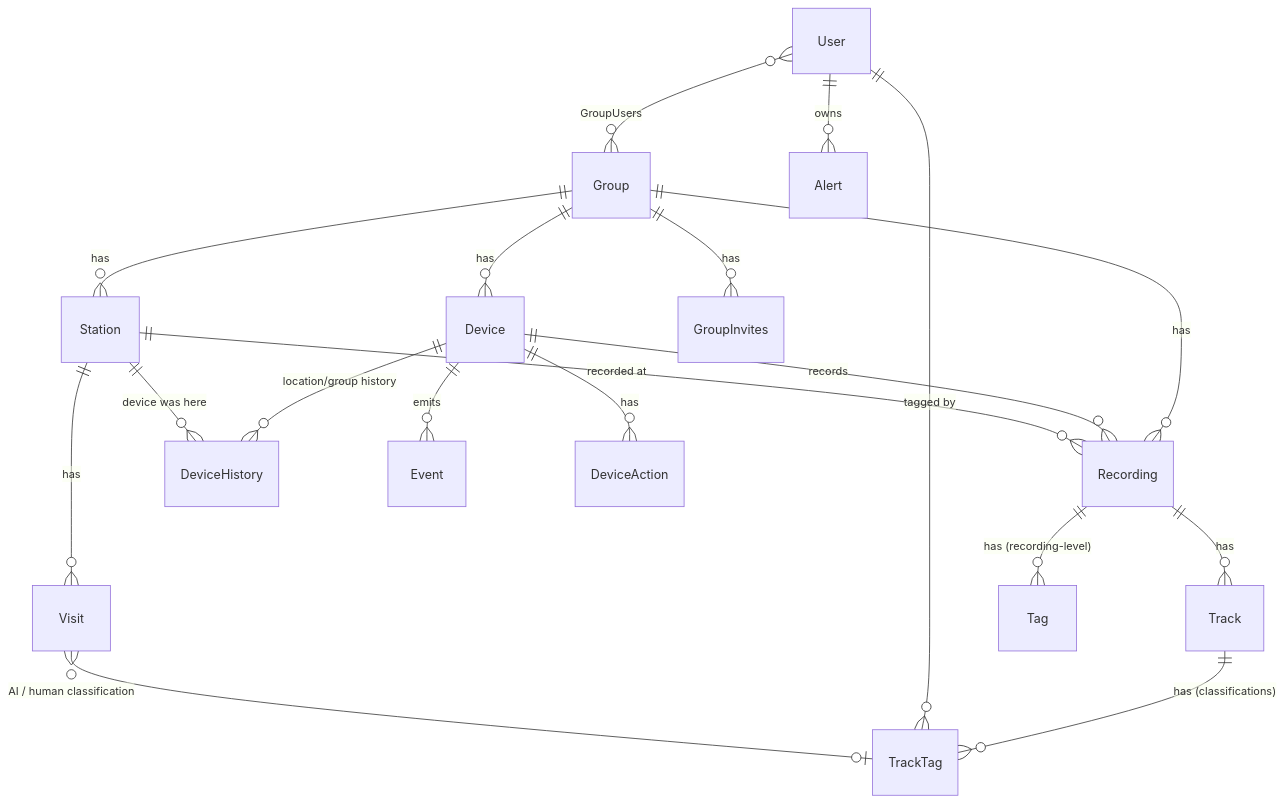
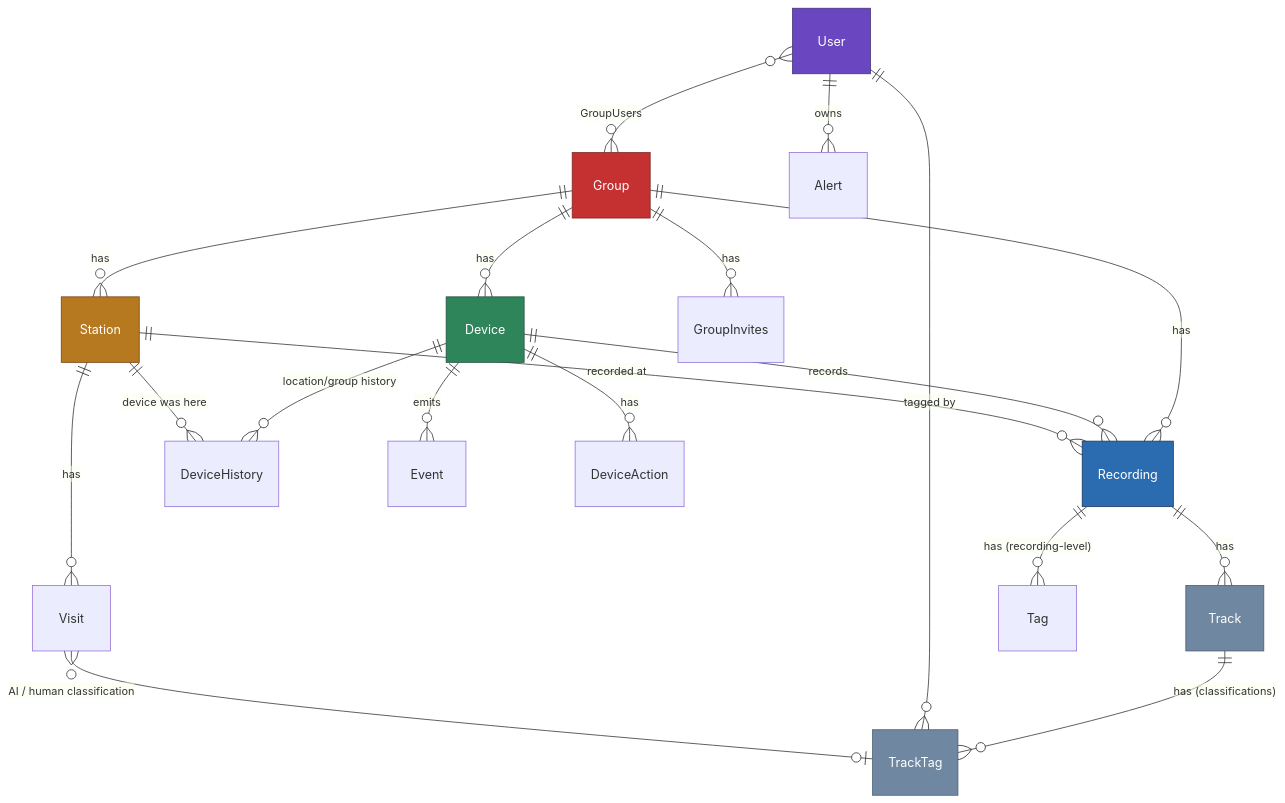
The diagram in api/DATA-MODEL.md (TheCacophonyProject/cacophony-web), drawn with Mermaid before and after one commit.

Commit message:
- Update data model document (add colours)

````diff
--- a/api/DATA-MODEL.md
+++ b/api/DATA-MODEL.md
@@ -23,25 +23,39 @@
 ```mermaid
 erDiagram
     User }o--o{ Group : "GroupUsers"
     Group ||--o{ Device : has
     Group ||--o{ Station : has
     Group ||--o{ Recording : has
     Group ||--o{ GroupInvites : has
 
     Device ||--o{ Recording : records
     Device ||--o{ DeviceHistory : "location/group history"
     Device ||--o{ Event : emits
     Device ||--o{ DeviceAction : has
 
     Station ||--o{ Recording : "recorded at"
     Station ||--o{ DeviceHistory : "device was here"
     Station ||--o{ Visit : has
 
     Recording ||--o{ Track : has
     Recording ||--o{ Tag : "has (recording-level)"
     Track ||--o{ TrackTag : "has (classifications)"
 
     User ||--o{ TrackTag : "tagged by"
     User ||--o{ Alert : owns
     Visit }o--o| TrackTag : "AI / human classification"
+
+    classDef user fill:#6b46c1,stroke:#44337a,color:#fff
+    classDef group fill:#c53030,stroke:#822727,color:#fff
+    classDef device fill:#2f855a,stroke:#22543d,color:#fff
+    classDef station fill:#b7791f,stroke:#744210,color:#fff
+    classDef recording fill:#2b6cb0,stroke:#1a365d,color:#fff
+    classDef recordingChild fill:#6f87a1,stroke:#4a5d73,color:#fff
+
+    class User user
+    class Group group
+    class Device device
+    class Station station
+    class Recording recording
+    class Track,TrackTag recordingChild
 ```
````
